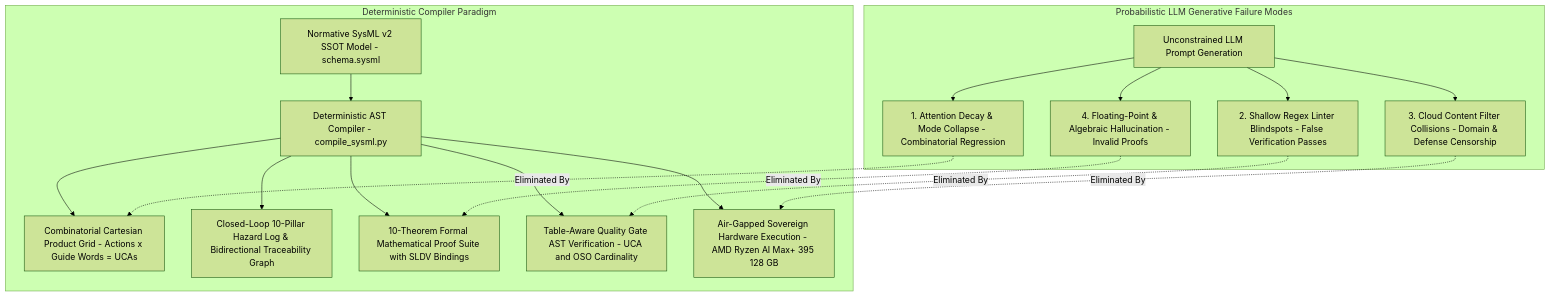
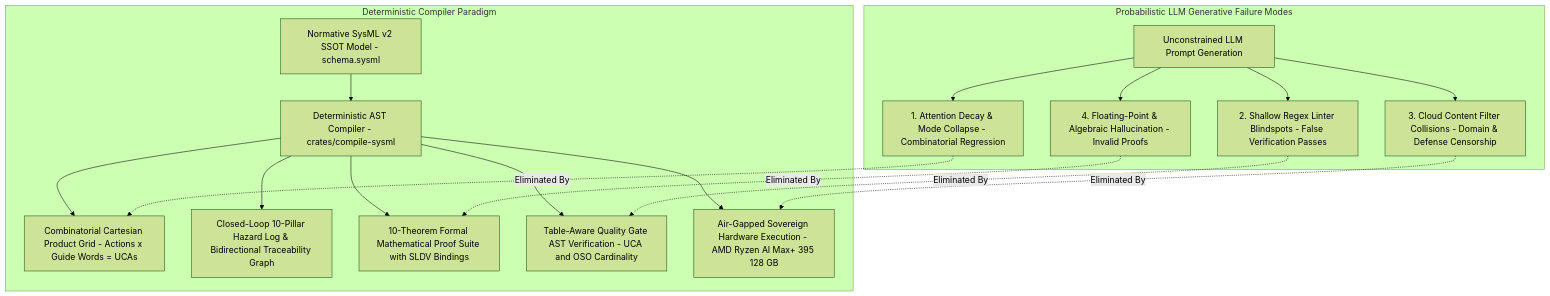
One commit to gintatkinson/DEAP01-spec-core changed the first of 11 diagrams in docs/architecture/blueprints/DEAP_DETERMINISTIC_SAFETY_SPECIFICATION_COMPILER_BLUEPRINT.md. Above: the diagram before and after it, drawn with Mermaid (forest theme). The commit also changed other lines of this file, not shown here.

Commit message:
docs: replace legacy Python and regex references with native Rust compiler specification in safety compiler blueprint

````diff
--- a/docs/architecture/blueprints/DEAP_DETERMINISTIC_SAFETY_SPECIFICATION_COMPILER_BLUEPRINT.md
+++ b/docs/architecture/blueprints/DEAP_DETERMINISTIC_SAFETY_SPECIFICATION_COMPILER_BLUEPRINT.md
@@ -46,23 +46,23 @@
 ```mermaid
 flowchart TD
     subgraph "Probabilistic LLM Generative Failure Modes"
         A["Unconstrained LLM Prompt Generation"] --> B["1. Attention Decay & Mode Collapse - Combinatorial Regression"]
         A --> C["2. Shallow Regex Linter Blindspots - False Verification Passes"]
         A --> D["3. Cloud Content Filter Collisions - Domain & Defense Censorship"]
         A --> E["4. Floating-Point & Algebraic Hallucination - Invalid Proofs"]
     end
 
     subgraph "Deterministic Compiler Paradigm"
-        F["Normative SysML v2 SSOT Model - schema.sysml"] --> G["Deterministic AST Compiler - compile_sysml.py"]
+        F["Normative SysML v2 SSOT Model - schema.sysml"] --> G["Deterministic AST Compiler - crates/compile-sysml"]
         G --> H["Combinatorial Cartesian Product Grid - Actions x Guide Words = UCAs"]
         G --> I["Closed-Loop 10-Pillar Hazard Log & Bidirectional Traceability Graph"]
         G --> J["10-Theorem Formal Mathematical Proof Suite with SLDV Bindings"]
         G --> K["Table-Aware Quality Gate AST Verification - UCA and OSO Cardinality"]
         G --> L["Air-Gapped Sovereign Hardware Execution - AMD Ryzen AI Max+ 395 128 GB"]
     end
 
     B -.->|"Eliminated By"| H
     C -.->|"Eliminated By"| K
     D -.->|"Eliminated By"| L
     E -.->|"Eliminated By"| J
 ```
````
